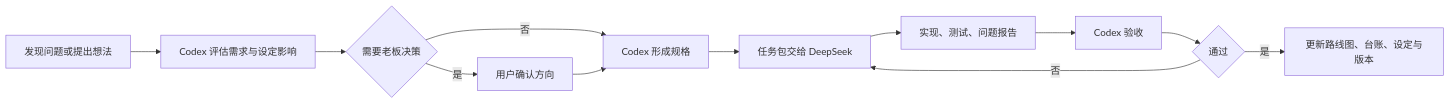
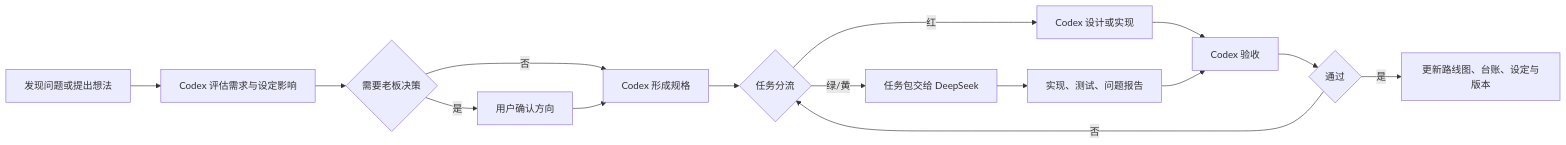
Before and after one commit to Machhhhiato/my-game: the diagram in PROJECT_MANAGEMENT.md, drawn with Mermaid. The commit also changed other lines of this file and 2 other files, not shown here.

````diff
--- a/PROJECT_MANAGEMENT.md
+++ b/PROJECT_MANAGEMENT.md
@@ -48,14 +62,17 @@
 ```mermaid
 flowchart LR
   A[发现问题或提出想法] --> B[Codex 评估需求与设定影响]
   B --> C{需要老板决策}
   C -- 是 --> D[用户确认方向]
   C -- 否 --> E[Codex 形成规格]
   D --> E
-  E --> F[任务包交给 DeepSeek]
-  F --> G[实现、测试、问题报告]
-  G --> H[Codex 验收]
-  H --> I{通过}
-  I -- 否 --> F
-  I -- 是 --> J[更新路线图、台账、设定与版本]
+  E --> F{任务分流}
+  F -- 红 --> G[Codex 设计或实现]
+  F -- 绿/黄 --> H[任务包交给 DeepSeek]
+  H --> I[实现、测试、问题报告]
+  G --> J[Codex 验收]
+  I --> J
+  J --> K{通过}
+  K -- 否 --> F
+  K -- 是 --> L[更新路线图、台账、设定与版本]
 ```
````
